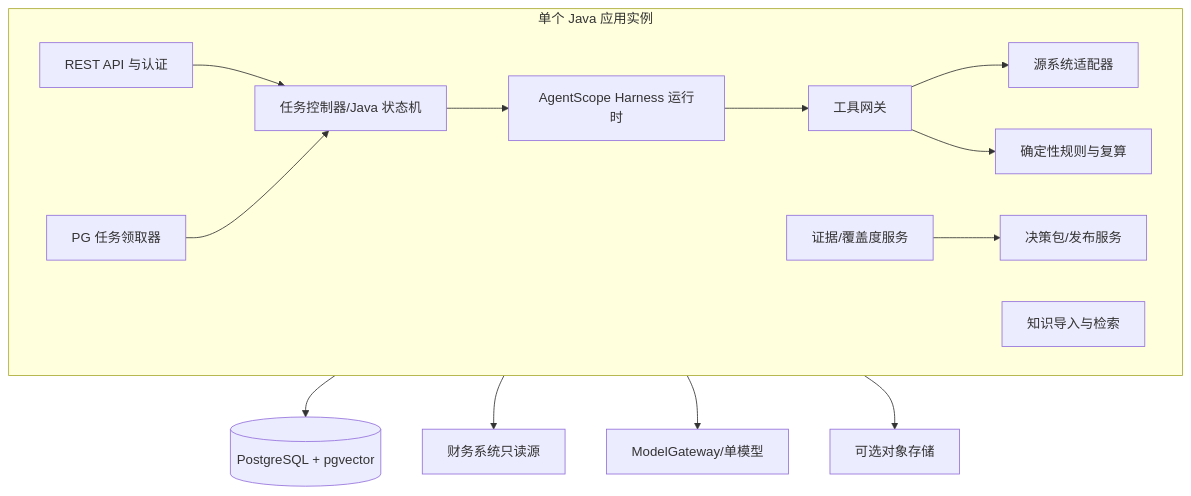
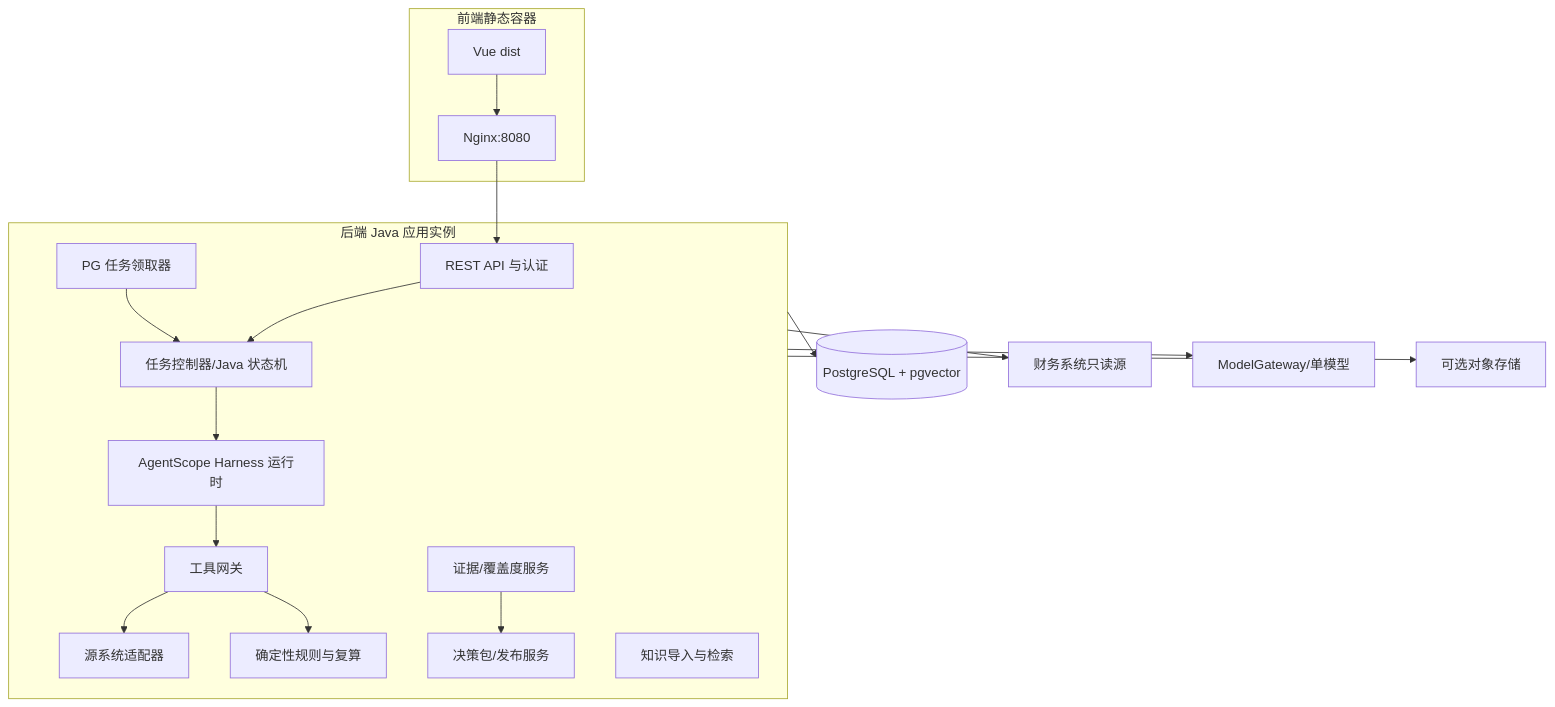
The second of 6 diagrams in solutions/生产落地技术方案/00-财务共享智能运维Agent-生产落地技术方案.md (yigeyige/finance-agent), drawn with Mermaid before and after one commit. The commit also changed other lines of this file and 33 other files, not shown here.

````diff
--- a/solutions/生产落地技术方案/00-财务共享智能运维Agent-生产落地技术方案.md
+++ b/solutions/生产落地技术方案/00-财务共享智能运维Agent-生产落地技术方案.md
@@ -82,24 +83,30 @@
 ```mermaid
 flowchart TB
-    subgraph APP[单个 Java 应用实例]
+    subgraph FRONTEND[前端静态容器]
+      UI[Vue dist]
+      NG[Nginx:8080]
+      UI --> NG
+    end
+    subgraph APP[后端 Java 应用实例]
       API[REST API 与认证]
       TC[任务控制器/Java 状态机]
       HR[AgentScope Harness 运行时]
       TG[工具网关]
       AD[源系统适配器]
       DE[确定性规则与复算]
       EV[证据/覆盖度服务]
       PK[决策包/发布服务]
       KB[知识导入与检索]
       WK[PG 任务领取器]
       API --> TC --> HR --> TG
       TG --> AD
       TG --> DE
       EV --> PK
       WK --> TC
     end
+    NG --> API
     APP --> PG[(PostgreSQL + pgvector)]
     APP --> SRC[财务系统只读源]
     APP --> LLM[ModelGateway/单模型]
     APP --> OBJ[可选对象存储]
 ```
````
